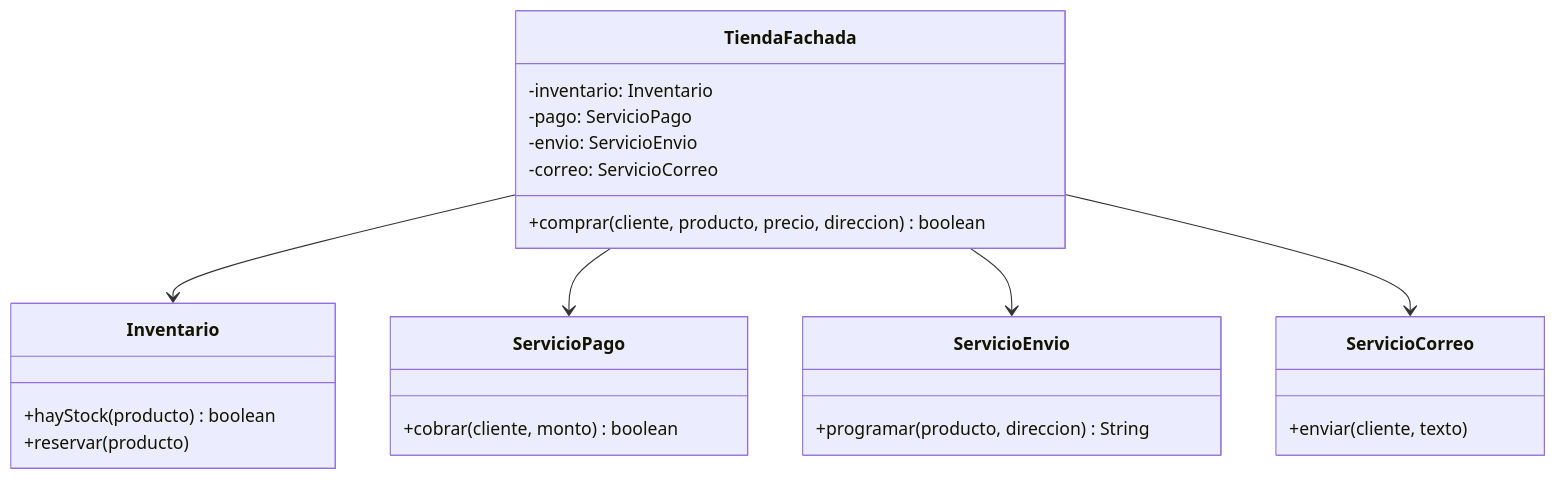
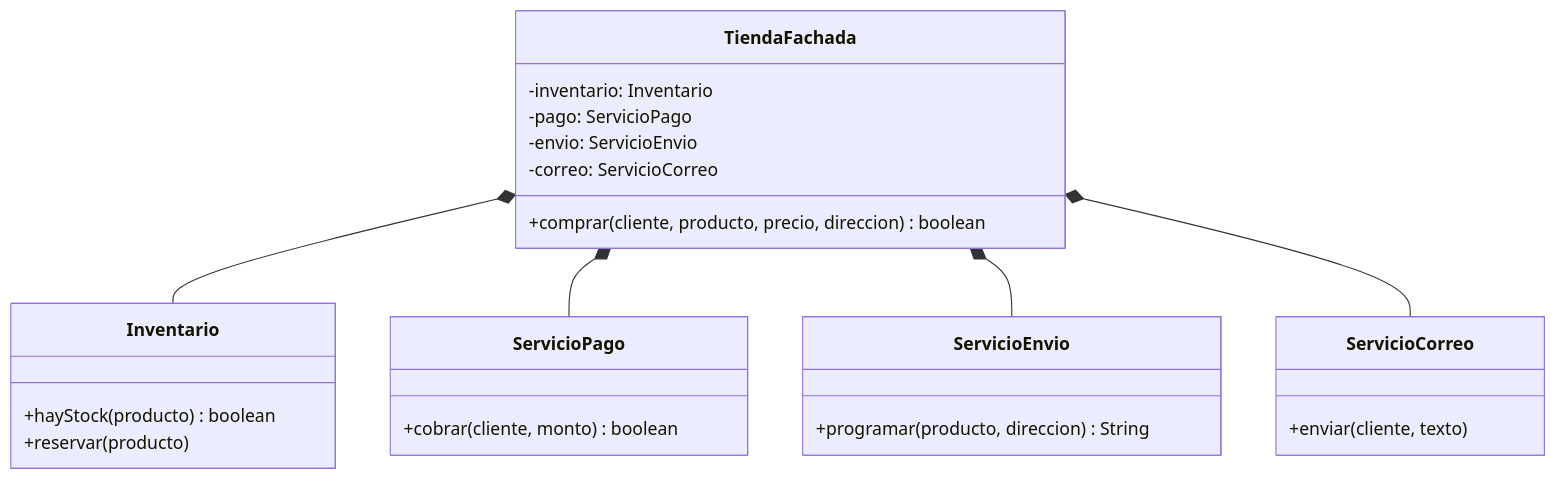
Before and after one commit to norbeydanilo/modelos-de-programacion: the fifth of 7 diagrams in guias-ejercicios/04.patrones-estructurales.md, drawn with Mermaid. The commit also changed other lines of this file, not shown here.

````diff
--- a/guias-ejercicios/04.patrones-estructurales.md
+++ b/guias-ejercicios/04.patrones-estructurales.md
@@ -777,27 +777,27 @@
 ```mermaid
 classDiagram
     class TiendaFachada {
         -inventario: Inventario
         -pago: ServicioPago
         -envio: ServicioEnvio
         -correo: ServicioCorreo
         +comprar(cliente, producto, precio, direccion) boolean
     }
     class Inventario {
         +hayStock(producto) boolean
         +reservar(producto)
     }
     class ServicioPago {
         +cobrar(cliente, monto) boolean
     }
     class ServicioEnvio {
         +programar(producto, direccion) String
     }
     class ServicioCorreo {
         +enviar(cliente, texto)
     }
-    TiendaFachada --> Inventario
-    TiendaFachada --> ServicioPago
-    TiendaFachada --> ServicioEnvio
-    TiendaFachada --> ServicioCorreo
+    TiendaFachada *-- Inventario
+    TiendaFachada *-- ServicioPago
+    TiendaFachada *-- ServicioEnvio
+    TiendaFachada *-- ServicioCorreo
 ```
````
